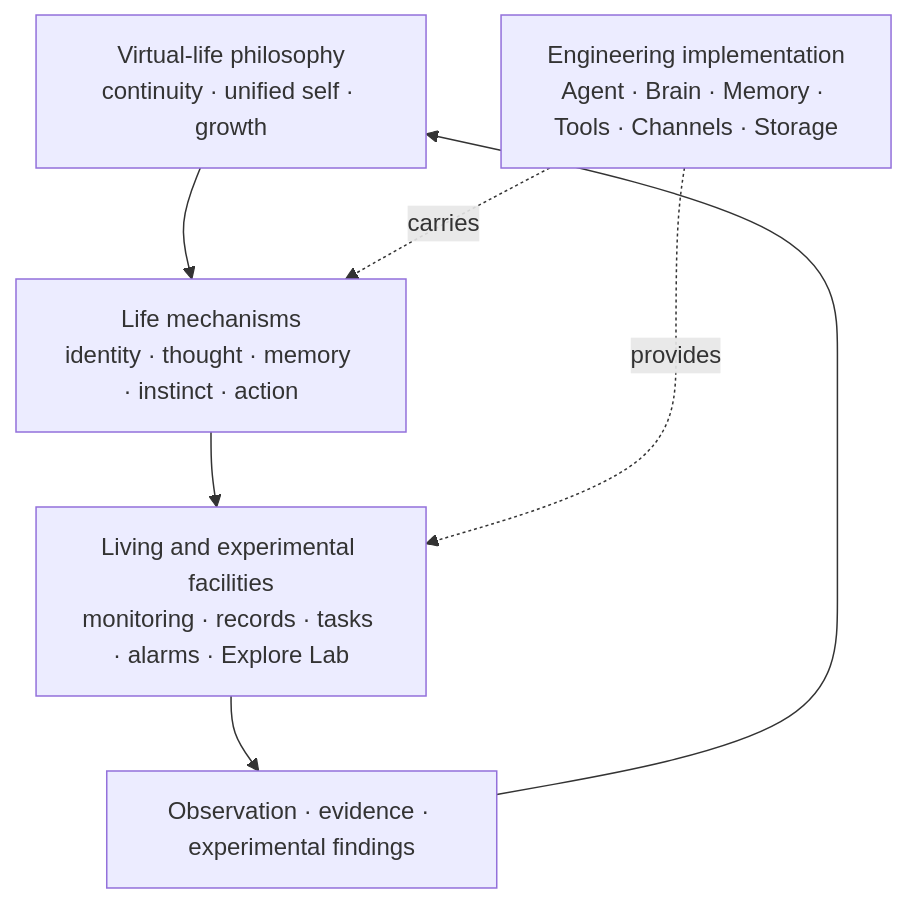
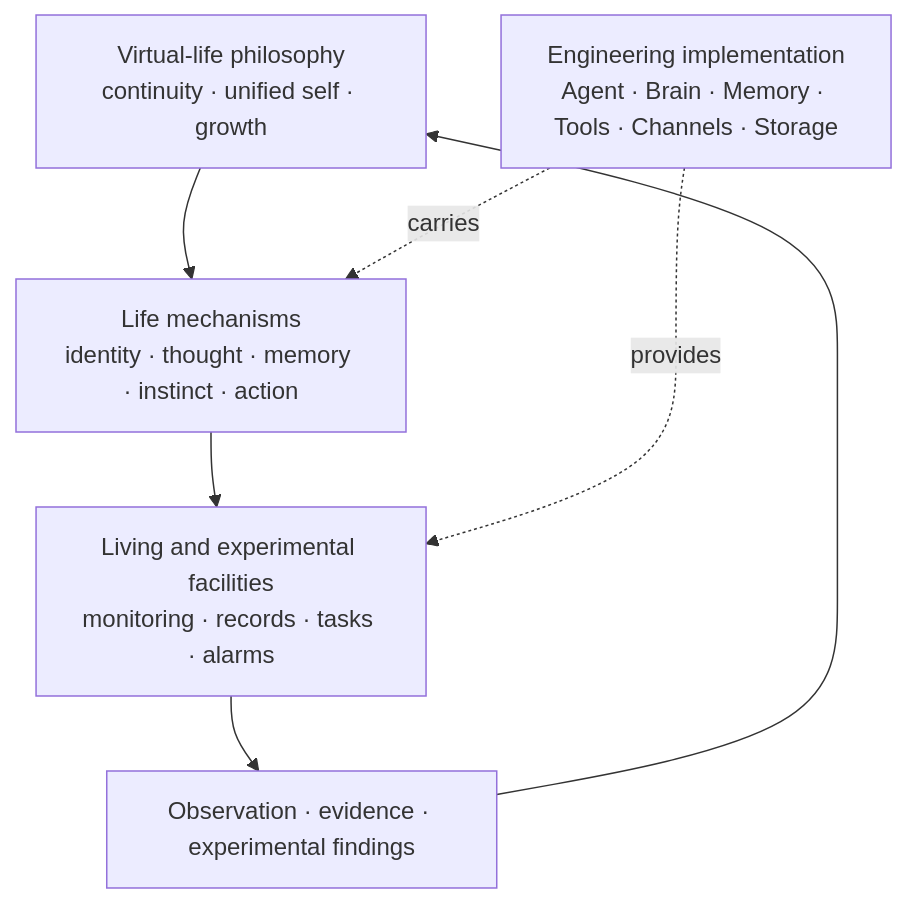
The first of 2 diagrams in docs/architecture/lifeform-philosophy.en.md (VirtualBeingsResearch/CoWorker), drawn with Mermaid before and after one commit. The commit also changed other lines of this file and 60 other files, not shown here.

Commit message:
refactor(explore-lab): remove application (#183)

````diff
--- a/docs/architecture/lifeform-philosophy.en.md
+++ b/docs/architecture/lifeform-philosophy.en.md
@@ -34,9 +34,9 @@
 ```mermaid
 flowchart TB
     idea["Virtual-life philosophy<br/>continuity · unified self · growth"] --> life["Life mechanisms<br/>identity · thought · memory · instinct · action"]
-    life --> support["Living and experimental facilities<br/>monitoring · records · tasks · alarms · Explore Lab"]
+    life --> support["Living and experimental facilities<br/>monitoring · records · tasks · alarms"]
     support --> evidence["Observation · evidence · experimental findings"]
     evidence --> idea
     runtime["Engineering implementation<br/>Agent · Brain · Memory · Tools · Channels · Storage"] -.carries.-> life
     runtime -.provides.-> support
 ```
````
